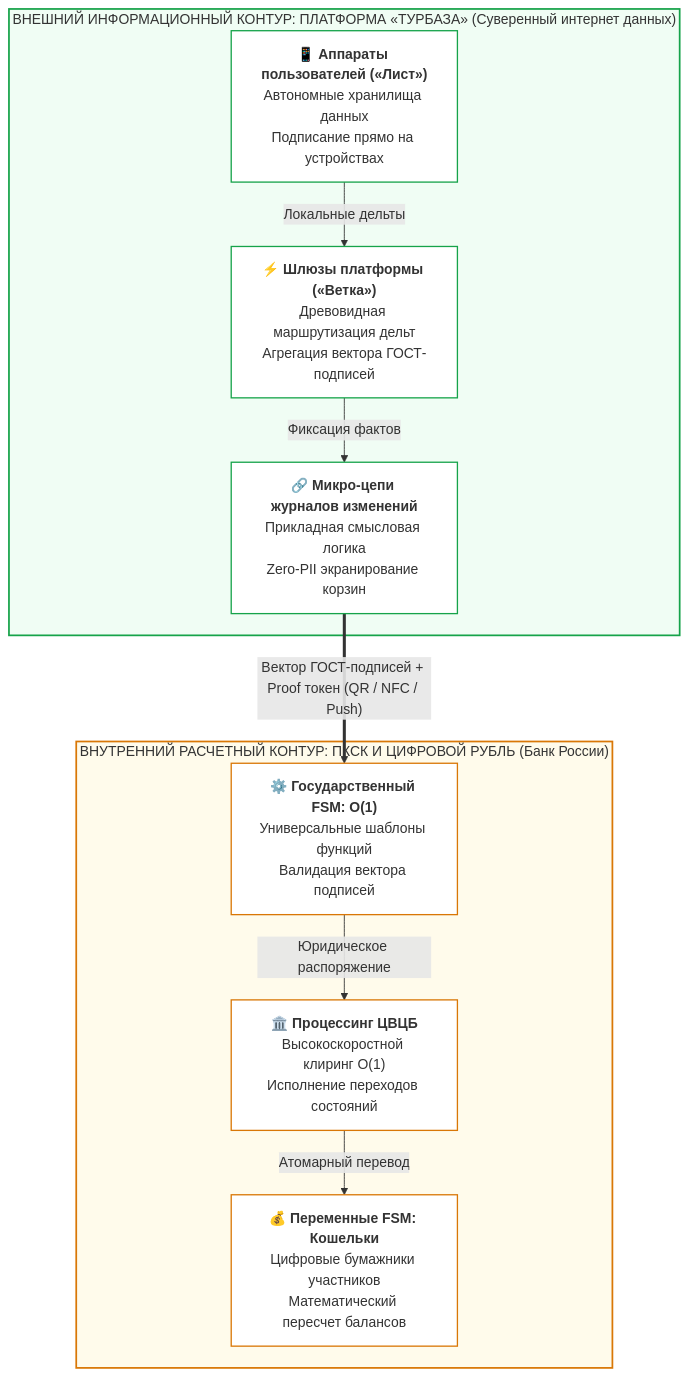
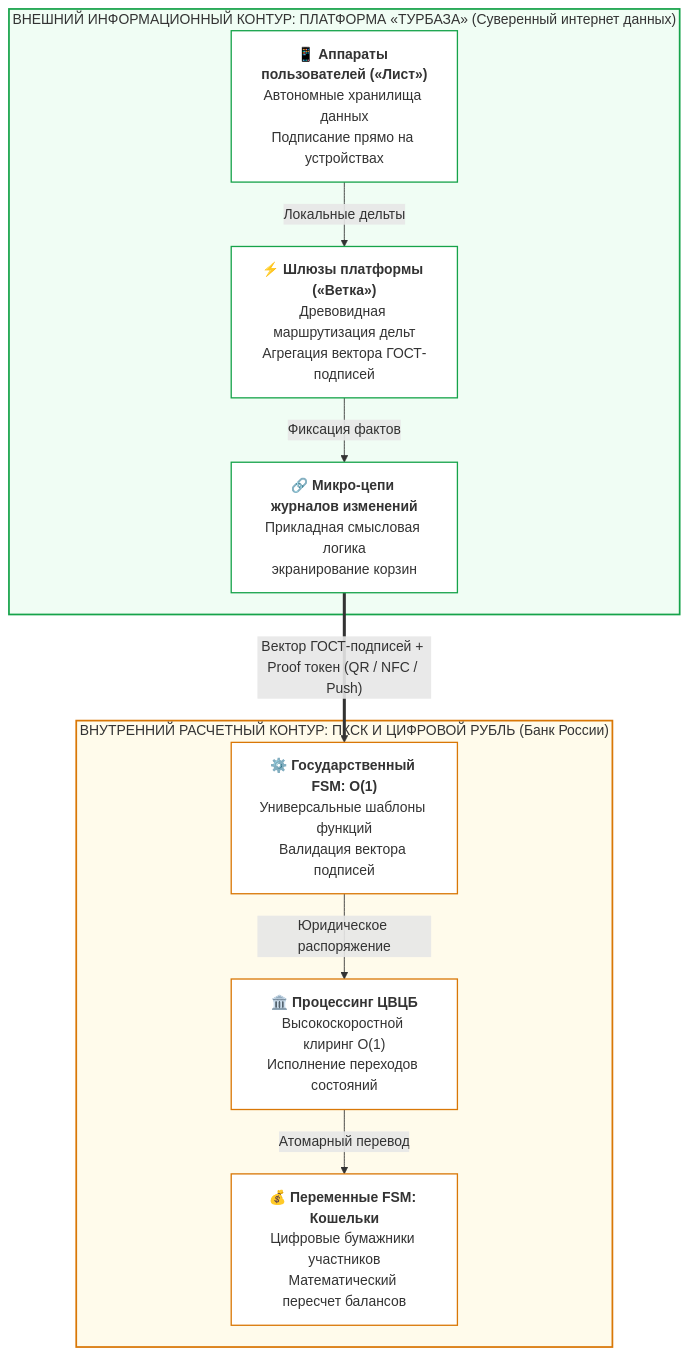
The second of 7 diagrams in shared_docs/whitepapers/06_cbr_smart_contracts_fsm_whitepaper.md (Data-Independence-Network/presentations), drawn with Mermaid before and after one commit. The commit also changed other lines of this file and 8 other files, not shown here.

````diff
--- a/shared_docs/whitepapers/06_cbr_smart_contracts_fsm_whitepaper.md
+++ b/shared_docs/whitepapers/06_cbr_smart_contracts_fsm_whitepaper.md
@@ -158,29 +158,29 @@
 ```mermaid
 flowchart TD
     subgraph UpperLayer ["ВНЕШНИЙ ИНФОРМАЦИОННЫЙ КОНТУР: ПЛАТФОРМА «ТУРБАЗА» (Суверенный интернет данных)"]
         L1["📱 <b>Аппараты пользователей («Лист»)</b><br/>Автономные хранилища данных<br/>Подписание прямо на устройствах"]
         B1["⚡ <b>Шлюзы платформы («Ветка»)</b><br/>Древовидная маршрутизация дельт<br/>Агрегация вектора ГОСТ-подписей"]
-        M1["🔗 <b>Микро-цепи журналов изменений</b><br/>Прикладная смысловая логика<br/>Zero-PII экранирование корзин"]
+        M1["🔗 <b>Микро-цепи журналов изменений</b><br/>Прикладная смысловая логика<br/>экранирование корзин"]
         L1 -->|"Локальные дельты"| B1
         B1 -->|"Фиксация фактов"| M1
     end
 
     subgraph LowerLayer ["ВНУТРЕННИЙ РАСЧЕТНЫЙ КОНТУР: ПКСК И ЦИФРОВОЙ РУБЛЬ (Банк России)"]
         K1["⚙️ <b>Государственный FSM: O(1)</b><br/>Универсальные шаблоны функций<br/>Валидация вектора подписей"]
         P1["🏛️ <b>Процессинг ЦВЦБ</b><br/>Высокоскоростной клиринг O(1)<br/>Исполнение переходов состояний"]
         W1["💰 <b>Переменные FSM: Кошельки</b><br/>Цифровые бумажники участников<br/>Математический пересчет балансов"]
         K1 -->|"Юридическое распоряжение"| P1
         P1 -->|"Атомарный перевод"| W1
     end
 
     M1 ==>|"Вектор ГОСТ-подписей + Proof токен (QR / NFC / Push)"| K1
 
     style UpperLayer fill:#f0fdf4,stroke:#16a34a,stroke-width:2px
     style LowerLayer fill:#fffbeb,stroke:#d97706,stroke-width:2px
     style L1 fill:#ffffff,stroke:#16a34a,stroke-width:1.5px
     style B1 fill:#ffffff,stroke:#16a34a,stroke-width:1.5px
     style M1 fill:#ffffff,stroke:#16a34a,stroke-width:1.5px
     style K1 fill:#ffffff,stroke:#d97706,stroke-width:1.5px
     style P1 fill:#ffffff,stroke:#d97706,stroke-width:1.5px
     style W1 fill:#ffffff,stroke:#d97706,stroke-width:1.5px
 ```
````
